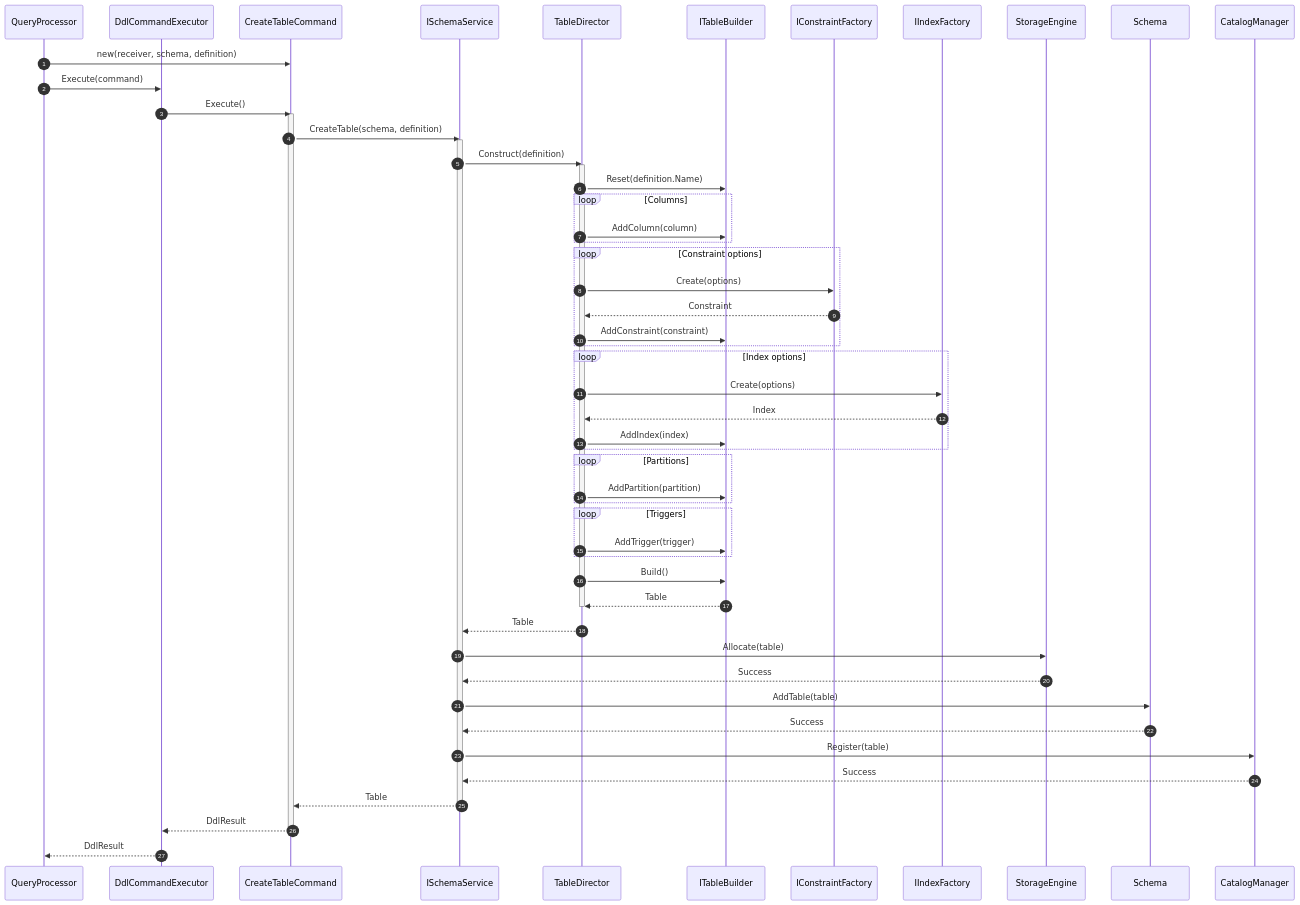
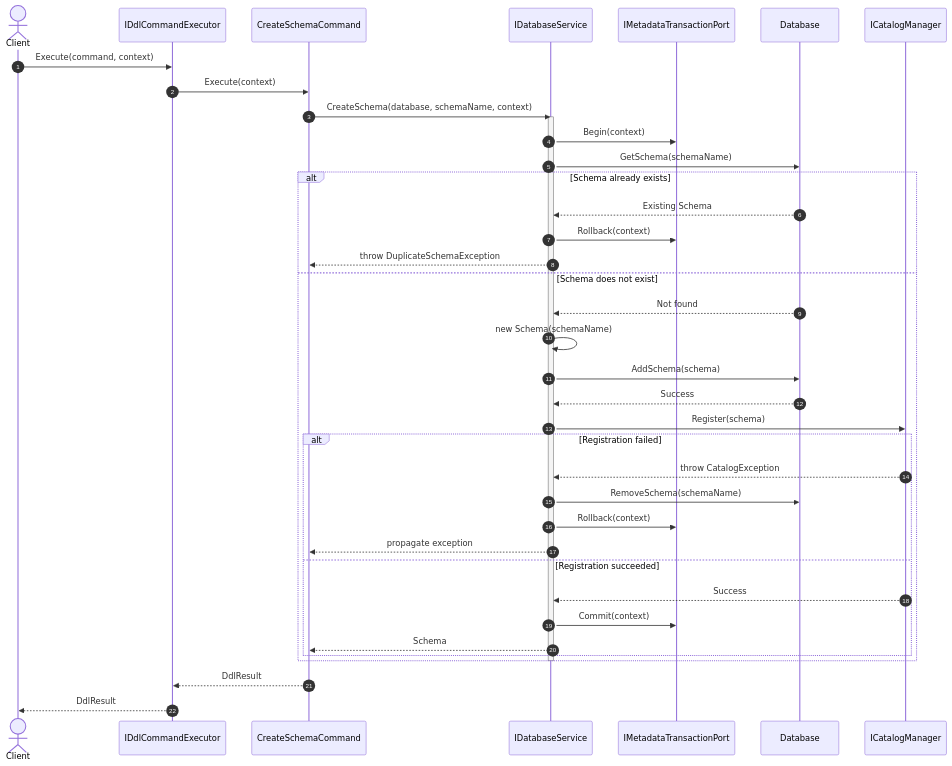
One commit to Hagiakhanh/bbv-dbms changed diagram 25 of 39 in docs/design-patterns/README.md. Above: the diagram before and after it, drawn with Mermaid. The commit also changed other lines of this file and 1 other file, not shown here.

````diff
--- a/docs/design-patterns/README.md
+++ b/docs/design-patterns/README.md
@@ -1641,77 +3375,53 @@
 ```mermaid
 sequenceDiagram
     autonumber
 
-    participant QP as QueryProcessor
-    participant Executor as DdlCommandExecutor
-    participant Command as CreateTableCommand
-    participant Service as ISchemaService
-    participant Director as TableDirector
-    participant Builder as ITableBuilder
-    participant CFactory as IConstraintFactory
-    participant IFactory as IIndexFactory
-    participant Storage as StorageEngine
-    participant Schema
-    participant Catalog as CatalogManager
+    actor Client
+    participant Executor as IDdlCommandExecutor
+    participant Command as CreateSchemaCommand
+    participant Service as IDatabaseService
+    participant Tx as IMetadataTransactionPort
+    participant Database
+    participant Catalog as ICatalogManager
 
-    QP->>Command: new(receiver, schema, definition)
-    QP->>Executor: Execute(command)
+    Client->>Executor: Execute(command, context)
+    Executor->>Command: Execute(context)
 
-    Executor->>Command: Execute()
-    activate Command
-
-    Command->>Service: CreateTable(schema, definition)
+    Command->>Service: CreateSchema(database, schemaName, context)
     activate Service
 
-    Service->>Director: Construct(definition)
-    activate Director
+    Service->>Tx: Begin(context)
+    Service->>Database: GetSchema(schemaName)
 
-    Director->>Builder: Reset(definition.Name)
+    alt Schema already exists
+        Database-->>Service: Existing Schema
+        Service->>Tx: Rollback(context)
+        Service-->>Command: throw DuplicateSchemaException
 
-    loop Columns
-        Director->>Builder: AddColumn(column)
+    else Schema does not exist
+        Database-->>Service: Not found
+
+        Service->>Service: new Schema(schemaName)
+        Service->>Database: AddSchema(schema)
+        Database-->>Service: Success
+
+        Service->>Catalog: Register(schema)
+
+        alt Registration failed
+            Catalog-->>Service: throw CatalogException
+            Service->>Database: RemoveSchema(schemaName)
+            Service->>Tx: Rollback(context)
+            Service-->>Command: propagate exception
+
+        else Registration succeeded
+            Catalog-->>Service: Success
+            Service->>Tx: Commit(context)
+            Service-->>Command: Schema
+        end
     end
 
-    loop Constraint options
-        Director->>CFactory: Create(options)
-        CFactory-->>Director: Constraint
-        Director->>Builder: AddConstraint(constraint)
-    end
-
-    loop Index options
-        Director->>IFactory: Create(options)
-        IFactory-->>Director: Index
-        Director->>Builder: AddIndex(index)
-    end
-
-    loop Partitions
-        Director->>Builder: AddPartition(partition)
-    end
-
-    loop Triggers
-        Director->>Builder: AddTrigger(trigger)
-    end
-
-    Director->>Builder: Build()
-    Builder-->>Director: Table
-
-    deactivate Director
-    Director-->>Service: Table
-
-    Service->>Storage: Allocate(table)
-    Storage-->>Service: Success
-
-    Service->>Schema: AddTable(table)
-    Schema-->>Service: Success
-
-    Service->>Catalog: Register(table)
-    Catalog-->>Service: Success
-
-    Service-->>Command: Table
     deactivate Service
 
     Command-->>Executor: DdlResult
-    deactivate Command
-
-    Executor-->>QP: DdlResult
+    Executor-->>Client: DdlResult
 ```
````
